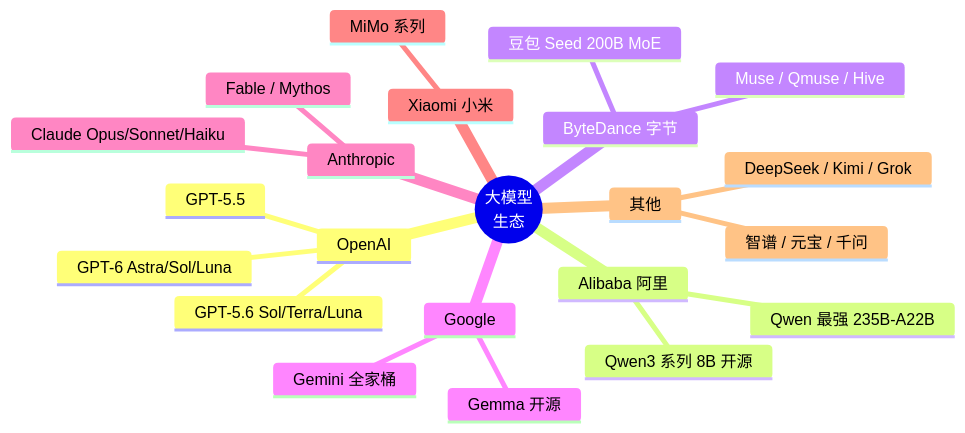
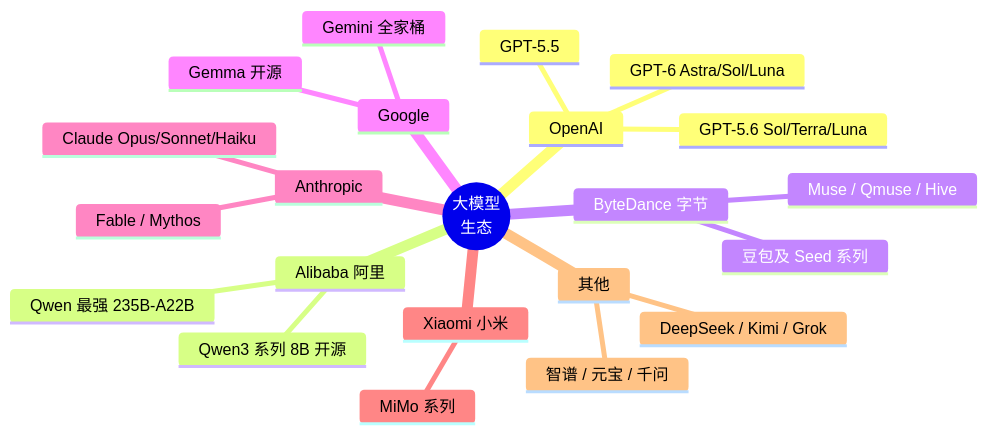
Before and after one commit to VincesHu01/ai-learning-notes: the tenth of 13 diagrams in ai-learning-notes.md, drawn with Mermaid. The commit also changed other lines of this file and 14 other files, not shown here.

````diff
--- a/ai-learning-notes.md
+++ b/ai-learning-notes.md
@@ -452,25 +642,25 @@
 ```mermaid
 mindmap
   root((大模型<br/>生态))
     OpenAI
       GPT-5.5
       GPT-5.6 Sol/Terra/Luna
       GPT-6 Astra/Sol/Luna
     Alibaba 阿里
       Qwen3 系列 8B 开源
       Qwen 最强 235B-A22B
     ByteDance 字节
-      豆包 Seed 200B MoE
+      豆包及 Seed 系列
       Muse / Qmuse / Hive
     Google
       Gemini 全家桶
       Gemma 开源
     Anthropic
       Claude Opus/Sonnet/Haiku
       Fable / Mythos
     Xiaomi 小米
       MiMo 系列
     其他
       DeepSeek / Kimi / Grok
       智谱 / 元宝 / 千问
 ```
````
